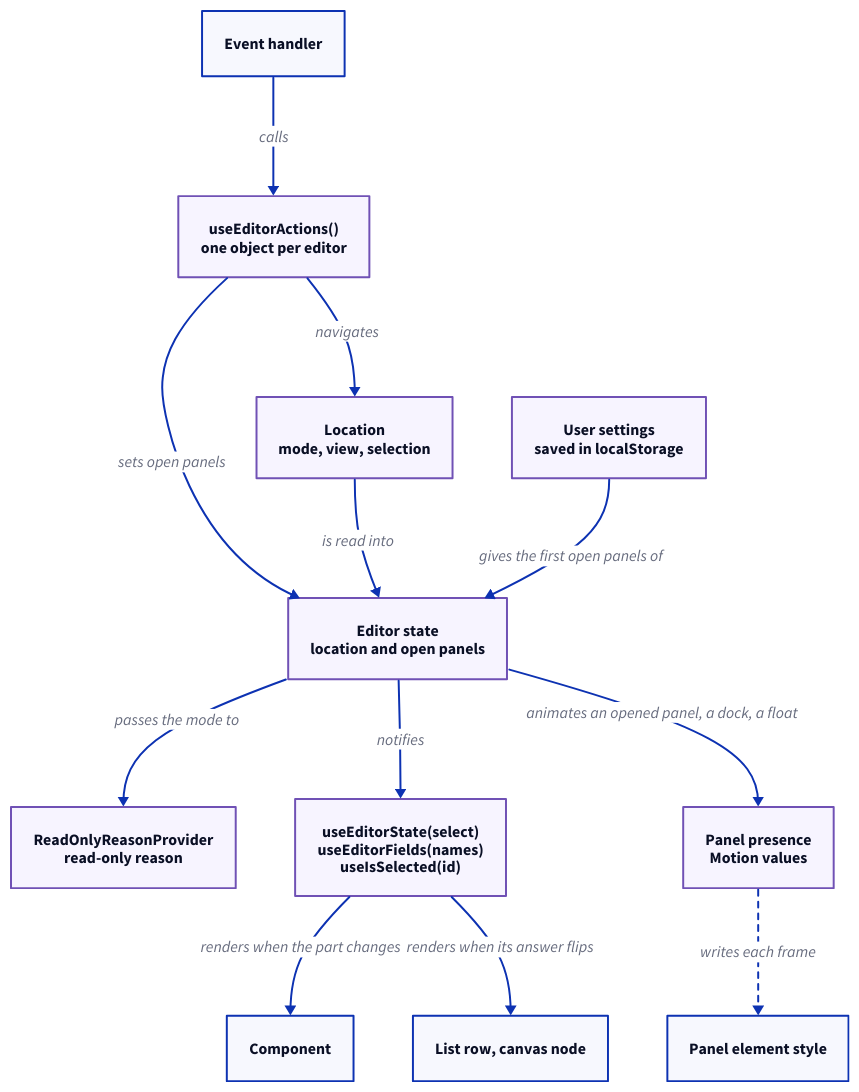
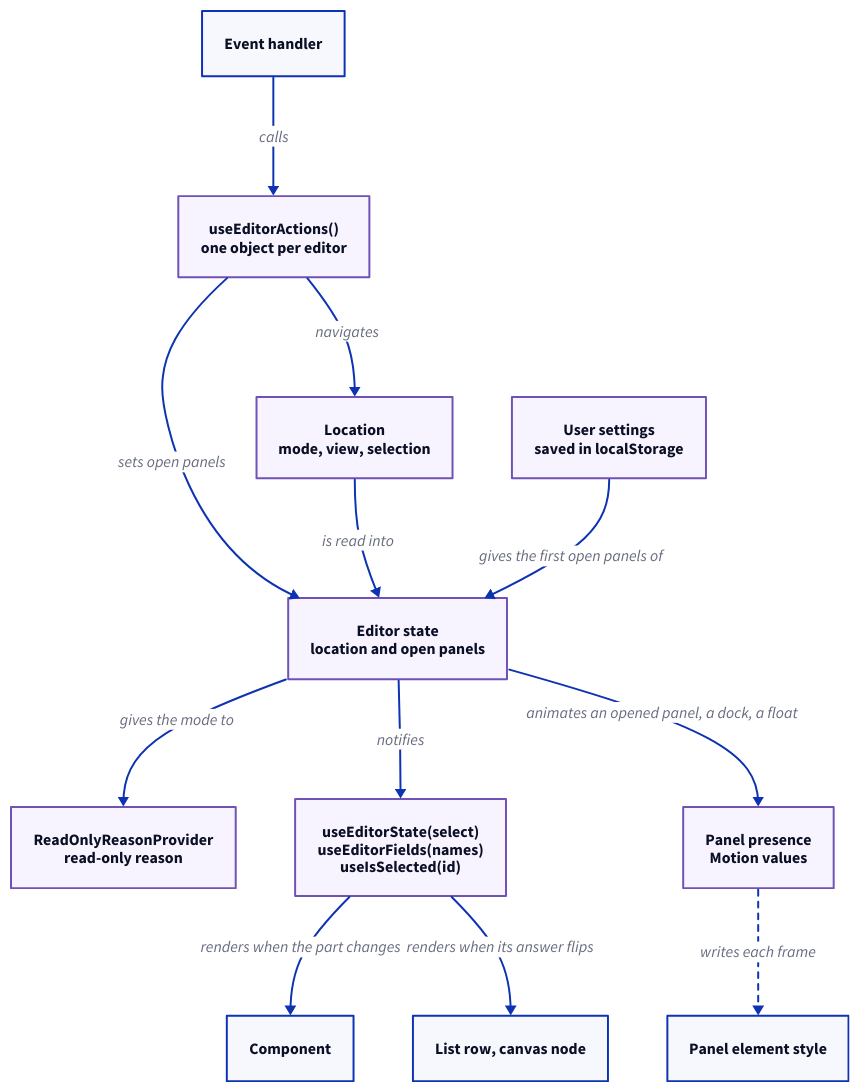
Before and after one commit to hashintel/hash: the diagram in libs/@hashintel/petrinaut/src/react/state/editor-state.d2, drawn with D2. The commit also changed 7 other files, not shown here.

```diff
--- a/libs/@hashintel/petrinaut/src/react/state/editor-state.d2
+++ b/libs/@hashintel/petrinaut/src/react/state/editor-state.d2
@@ -1,39 +1,39 @@
 # Hand-written; rendered by the arch-docs build.
 direction: down
 
 vars: {
   d2-legend: {
     a -> b: renders through React
     a -> b: writes each frame {style.stroke-dash: 3}
     a.style.opacity: 0
     b.style.opacity: 0
   }
 }
 
 classes: {
   react: {style.fill: "#f7f4ff"; style.stroke: "#7051b5"}
 }
 
 handler: "Event handler"
 actions: "useEditorActions()\none object per editor" {class: react}
 location: "Location\nmode, view, selection" {class: react}
 settings: "User settings\nsaved in localStorage" {class: react}
 state: "Editor state\nlocation and open panels" {class: react}
 readonly: "ReadOnlyReasonProvider\nread-only reason" {class: react}
 part: "useEditorState(select)\nuseEditorFields(names)\nuseIsSelected(id)" {class: react}
 component: "Component"
 row: "List row, canvas node"
 presence: "Panel presence\nMotion values" {class: react}
 element: "Panel element style"
 
 handler -> actions: "calls"
 actions -> location: "navigates"
 actions -> state: "sets open panels"
 location -> state: "is read into"
 settings -> state: "gives the first open panels of"
-state -> readonly: "passes the mode to"
+state -> readonly: "gives the mode to"
 state -> part: "notifies"
 part -> component: "renders when the part changes"
 part -> row: "renders when its answer flips"
 state -> presence: "animates an opened panel, a dock, a float"
 presence -> element: "writes each frame" {style.stroke-dash: 3}
```
